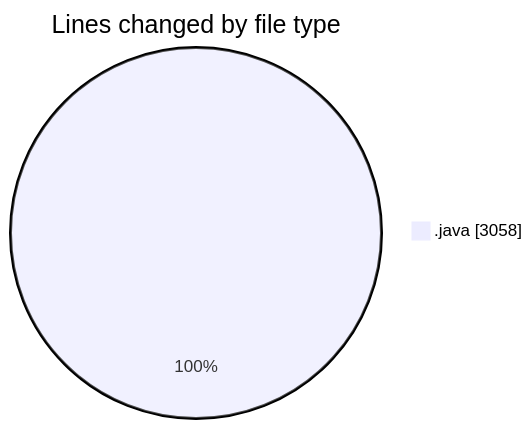
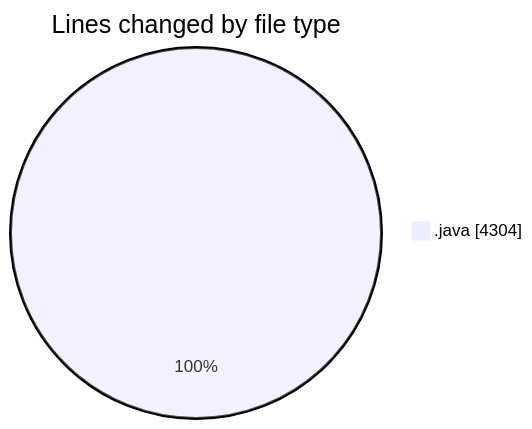
The first of 2 diagrams in 2026-04-24/cilapp/README.md (ricardozamudiocil/code-tracking), drawn with Mermaid before and after one commit. The commit also changed other lines of this file and 1 other file, not shown here.

````diff
--- a/2026-04-24/cilapp/README.md
+++ b/2026-04-24/cilapp/README.md
@@ -22,5 +23,5 @@
 ```mermaid
 pie showData
 title Lines changed by file type
-".java" : 3058
+".java" : 4304
 ```
````
